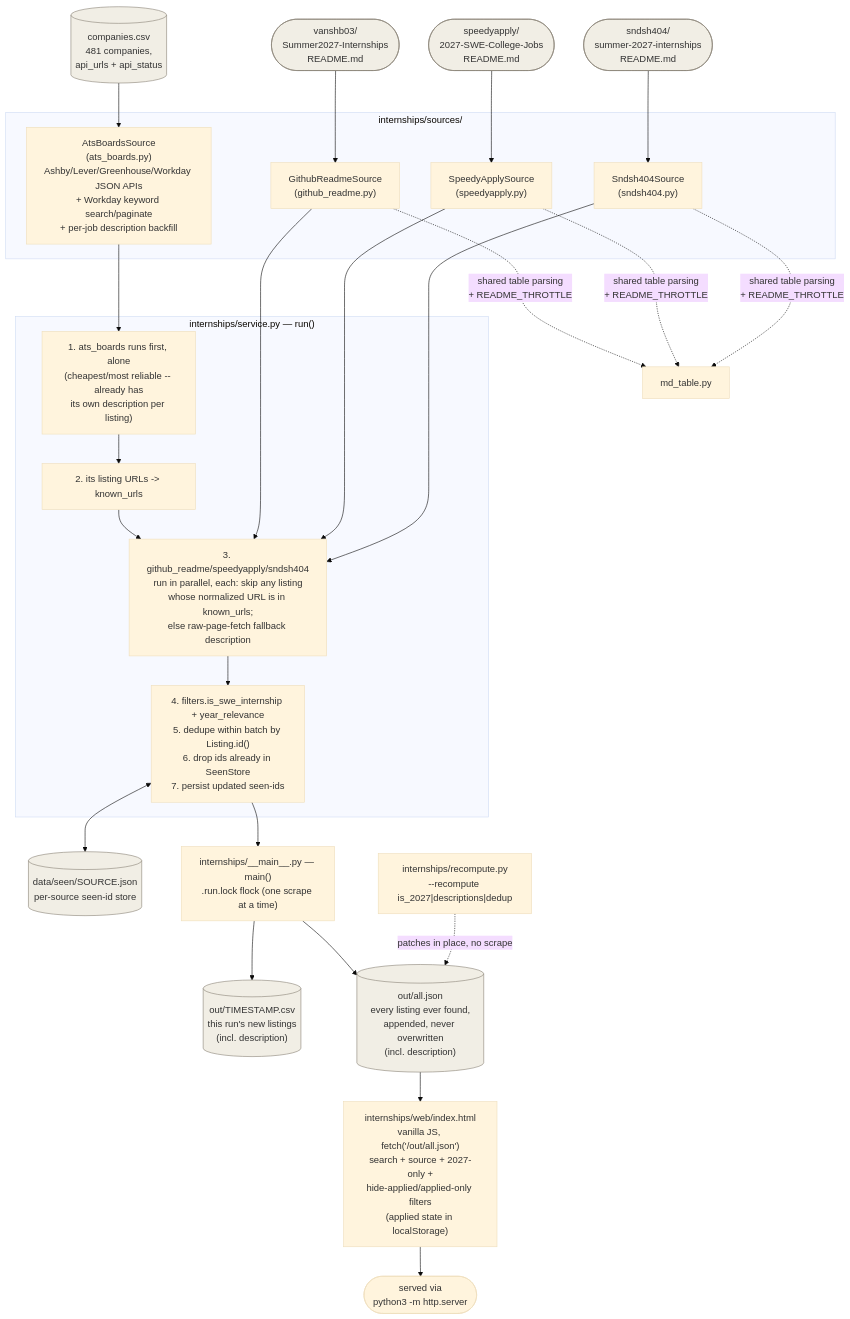
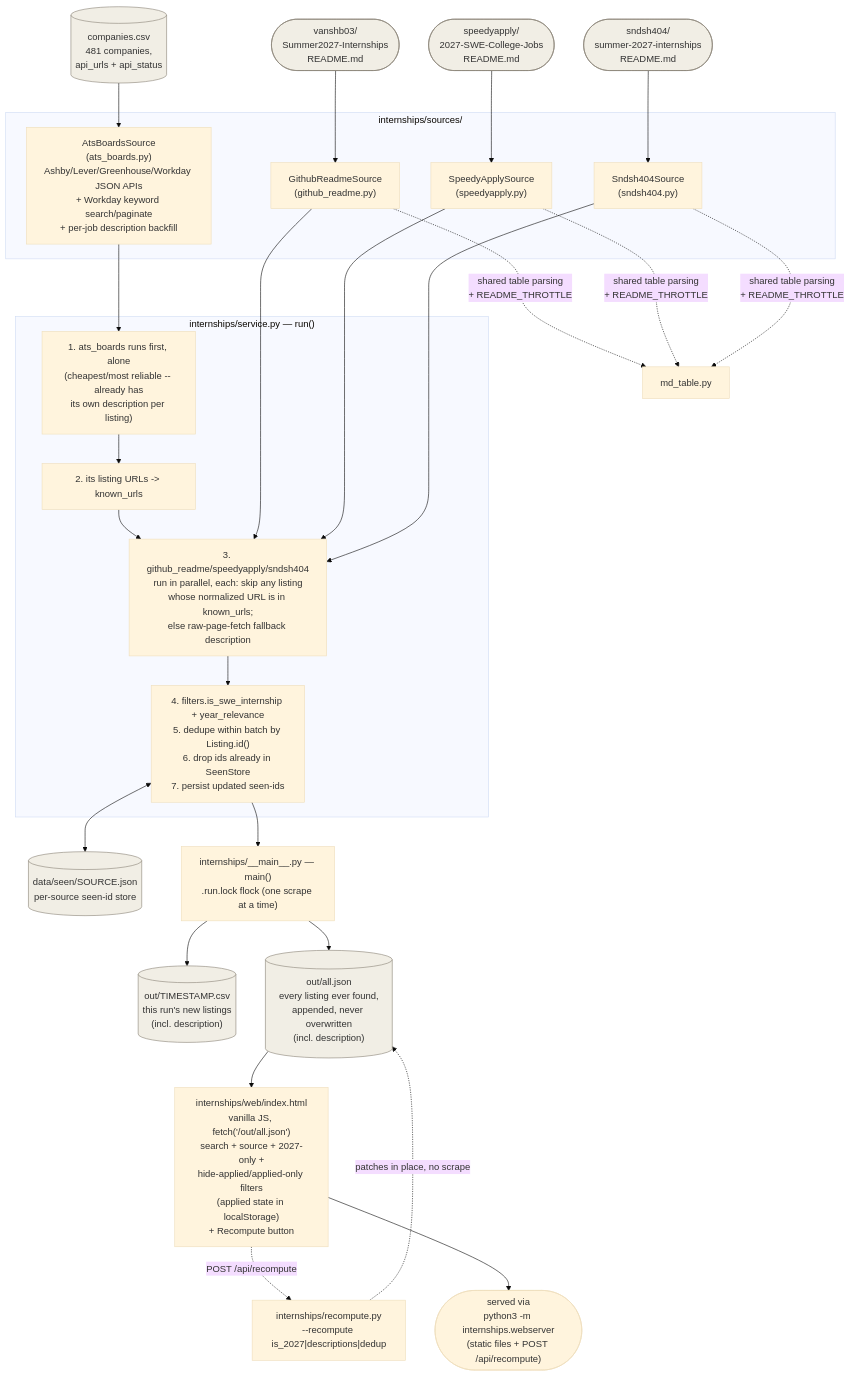
One commit to douglasichen/internships changed the diagram in docs/architecture.md. Above: the diagram before and after it, drawn with Mermaid (base theme). The commit also changed other lines of this file and 5 other files, not shown here.

First line of the commit message:
Trigger --recompute from the web UI

````diff
--- a/docs/architecture.md
+++ b/docs/architecture.md
@@ -9,51 +9,52 @@
 ```mermaid
 flowchart TD
     subgraph Sources["internships/sources/"]
         ATS["AtsBoardsSource\n(ats_boards.py)\nAshby/Lever/Greenhouse/Workday JSON APIs\n+ Workday keyword search/paginate\n+ per-job description backfill"]
         GH["GithubReadmeSource\n(github_readme.py)"]
         SA["SpeedyApplySource\n(speedyapply.py)"]
         SN["Sndsh404Source\n(sndsh404.py)"]
     end
 
     CSV[("companies.csv\n481 companies,\napi_urls + api_status")] --> ATS
     R1(["vanshb03/\nSummer2027-Internships\nREADME.md"]) --> GH
     R2(["speedyapply/\n2027-SWE-College-Jobs\nREADME.md"]) --> SA
     R3(["sndsh404/\nsummer-2027-internships\nREADME.md"]) --> SN
 
     GH -.->|shared table parsing\n+ README_THROTTLE| MD["md_table.py"]
     SA -.->|shared table parsing\n+ README_THROTTLE| MD
     SN -.->|shared table parsing\n+ README_THROTTLE| MD
 
     subgraph Orchestrator["internships/service.py — run()"]
         STEP1["1. ats_boards runs first, alone\n(cheapest/most reliable -- already has\nits own description per listing)"]
         STEP2["2. its listing URLs -> known_urls"]
         STEP3["3. github_readme/speedyapply/sndsh404\nrun in parallel, each: skip any listing\nwhose normalized URL is in known_urls;\nelse raw-page-fetch fallback description"]
         STEP4["4. filters.is_swe_internship + year_relevance\n5. dedupe within batch by Listing.id()\n6. drop ids already in SeenStore\n7. persist updated seen-ids"]
         STEP1 --> STEP2 --> STEP3 --> STEP4
     end
 
     ATS --> STEP1
     GH --> STEP3
     SA --> STEP3
     SN --> STEP3
 
     SEEN[("data/seen/SOURCE.json\nper-source seen-id store")]
     STEP4 <--> SEEN
 
     STEP4 --> MAIN["internships/__main__.py — main()\n.run.lock flock (one scrape at a time)"]
     MAIN --> CSVOUT[("out/TIMESTAMP.csv\nthis run's new listings\n(incl. description)")]
     MAIN --> ALLJSON[("out/all.json\nevery listing ever found,\nappended, never overwritten\n(incl. description)")]
 
     RECOMPUTE["internships/recompute.py\n--recompute is_2027|descriptions|dedup"] -.->|patches in place, no scrape| ALLJSON
+    WEB -.->|POST /api/recompute| RECOMPUTE
 
-    ALLJSON --> WEB["internships/web/index.html\nvanilla JS, fetch('/out/all.json')\nsearch + source + 2027-only +\nhide-applied/applied-only filters\n(applied state in localStorage)"]
-    WEB --> Browser(["served via\npython3 -m http.server"])
+    ALLJSON --> WEB["internships/web/index.html\nvanilla JS, fetch('/out/all.json')\nsearch + source + 2027-only +\nhide-applied/applied-only filters\n(applied state in localStorage)\n+ Recompute button"]
+    WEB --> Browser(["served via\npython3 -m internships.webserver\n(static files + POST /api/recompute)"])
 
     style CSV fill:#F1EEE5,stroke:#8A8478
     style R1 fill:#F1EEE5,stroke:#8A8478
     style R2 fill:#F1EEE5,stroke:#8A8478
     style R3 fill:#F1EEE5,stroke:#8A8478
     style SEEN fill:#F1EEE5,stroke:#8A8478
     style CSVOUT fill:#F1EEE5,stroke:#8A8478
     style ALLJSON fill:#F1EEE5,stroke:#8A8478
 ```
````
